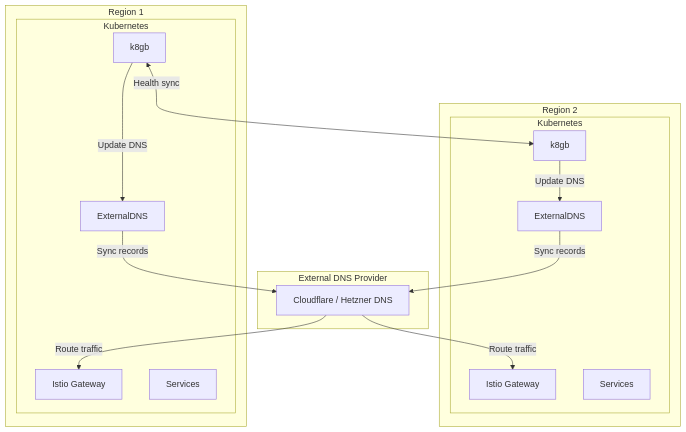
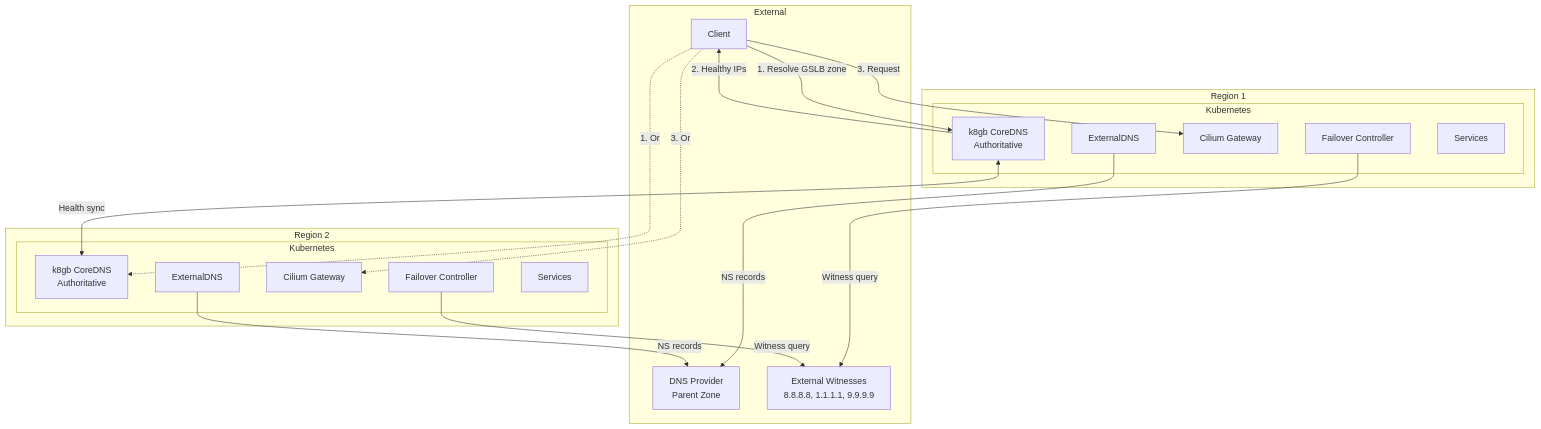
Before and after one commit to openova-io/handbook: the first of 6 diagrams in docs/specs/SPEC-DNS-FAILOVER.md, drawn with Mermaid. The commit also changed other lines of this file and 19 other files, not shown here.

First line of the commit message:
docs: update architecture for Cilium Service Mesh and Gitea

````diff
--- a/docs/specs/SPEC-DNS-FAILOVER.md
+++ b/docs/specs/SPEC-DNS-FAILOVER.md
@@ -11,32 +11,41 @@
 ```mermaid
 flowchart TB
-    subgraph External["External DNS Provider"]
-        CF[Cloudflare / Hetzner DNS]
+    subgraph External["External"]
+        Client[Client]
+        DNS[DNS Provider<br/>Parent Zone]
+        Witnesses[External Witnesses<br/>8.8.8.8, 1.1.1.1, 9.9.9.9]
     end
 
     subgraph Region1["Region 1"]
         subgraph K8s1["Kubernetes"]
-            K8GB1[k8gb]
+            K8GB1[k8gb CoreDNS<br/>Authoritative]
             EDNS1[ExternalDNS]
-            GW1[Istio Gateway]
+            GW1[Cilium Gateway]
+            FC1[Failover Controller]
             SVC1[Services]
         end
     end
 
     subgraph Region2["Region 2"]
         subgraph K8s2["Kubernetes"]
-            K8GB2[k8gb]
+            K8GB2[k8gb CoreDNS<br/>Authoritative]
             EDNS2[ExternalDNS]
-            GW2[Istio Gateway]
+            GW2[Cilium Gateway]
+            FC2[Failover Controller]
             SVC2[Services]
         end
     end
 
+    Client -->|"1. Resolve GSLB zone"| K8GB1
+    Client -.->|"1. Or"| K8GB2
+    K8GB1 -->|"2. Healthy IPs"| Client
+    Client -->|"3. Request"| GW1
+    Client -.->|"3. Or"| GW2
+
     K8GB1 <-->|"Health sync"| K8GB2
-    K8GB1 -->|"Update DNS"| EDNS1
-    K8GB2 -->|"Update DNS"| EDNS2
-    EDNS1 -->|"Sync records"| CF
-    EDNS2 -->|"Sync records"| CF
-    CF -->|"Route traffic"| GW1
-    CF -->|"Route traffic"| GW2
+    EDNS1 -->|"NS records"| DNS
+    EDNS2 -->|"NS records"| DNS
+
+    FC1 -->|"Witness query"| Witnesses
+    FC2 -->|"Witness query"| Witnesses
 ```
````
